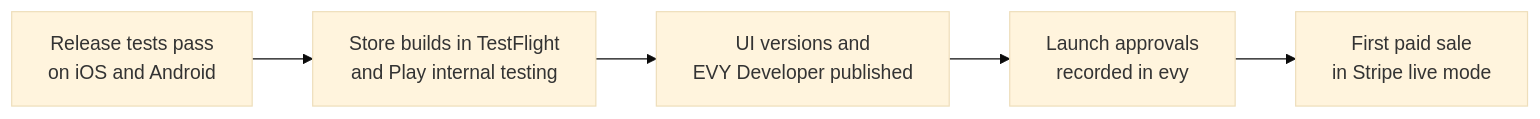
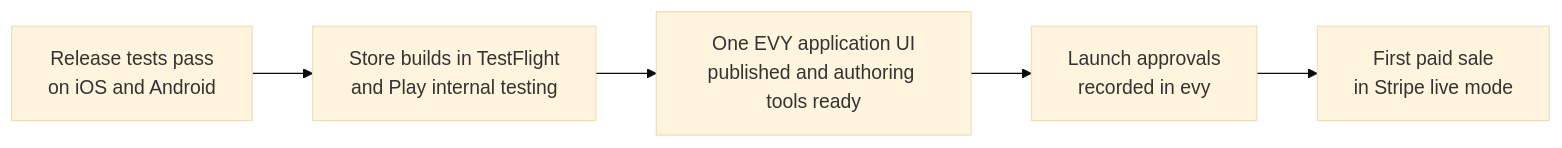
The first of 2 diagrams in 2-evy-on-freenet/10-testing-and-release.md (EVY-Platform/evy-freenet-plans), drawn with Mermaid (base theme) before and after one commit. The commit also changed other lines of this file and 35 other files, not shown here.

````diff
--- a/2-evy-on-freenet/10-testing-and-release.md
+++ b/2-evy-on-freenet/10-testing-and-release.md
@@ -19,7 +19,7 @@
 ```mermaid
 flowchart LR
     T[Release tests pass<br>on iOS and Android] --> R[Store builds in TestFlight<br>and Play internal testing]
-    R --> U[UI versions and<br>EVY Developer published]
+    R --> U[One EVY application UI<br>published and authoring tools ready]
     U --> L[Launch approvals<br>recorded in evy]
     L --> S[First paid sale<br>in Stripe live mode]
 ```
````
